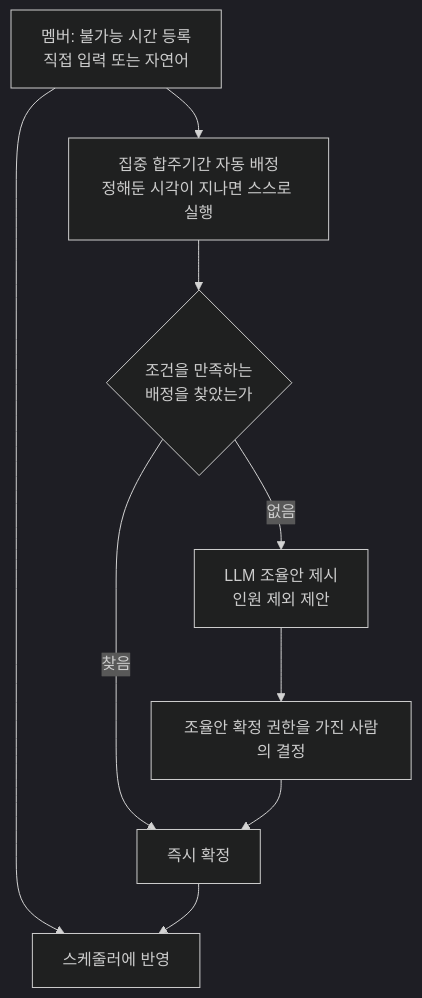
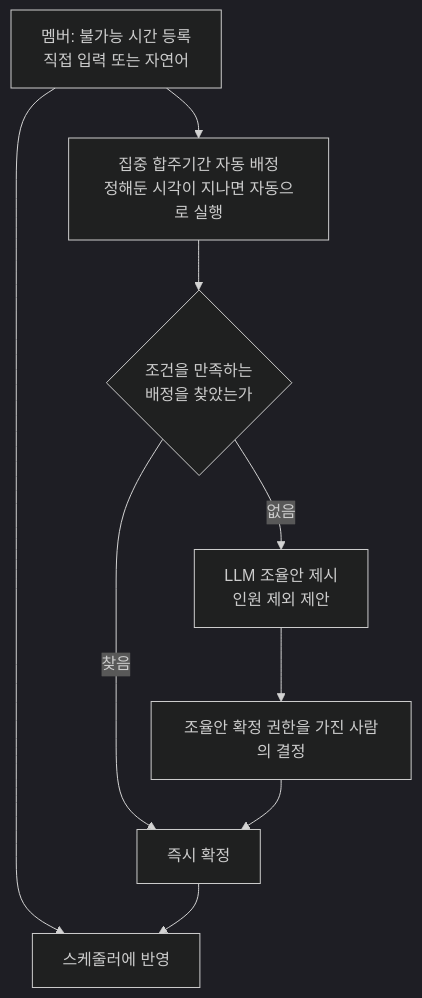
One commit to minkong-dev/Banblit changed the diagram in .cluedoc/README.md. Above: the diagram before and after it, drawn with Mermaid (dark theme). The commit also changed other lines of this file and 188 other files, not shown here.

````diff
--- a/.cluedoc/README.md
+++ b/.cluedoc/README.md
@@ -8,11 +8,11 @@
 ```mermaid
 flowchart TD
     M[멤버: 불가능 시간 등록<br/>직접 입력 또는 자연어] --> S[스케줄러에 반영]
-    M --> AA[집중 합주기간 자동 배정<br/>정해둔 시각이 지나면 스스로 실행]
+    M --> AA[집중 합주기간 자동 배정<br/>정해둔 시각이 지나면 자동으로 실행]
     AA --> Q{조건을 만족하는<br/>배정을 찾았는가}
     Q -->|찾음| C[즉시 확정]
     Q -->|없음| L[LLM 조율안 제시<br/>인원 제외 제안]
     L --> H[조율안 확정 권한을 가진 사람의 결정]
     H --> C
     C --> S
 ```
````
